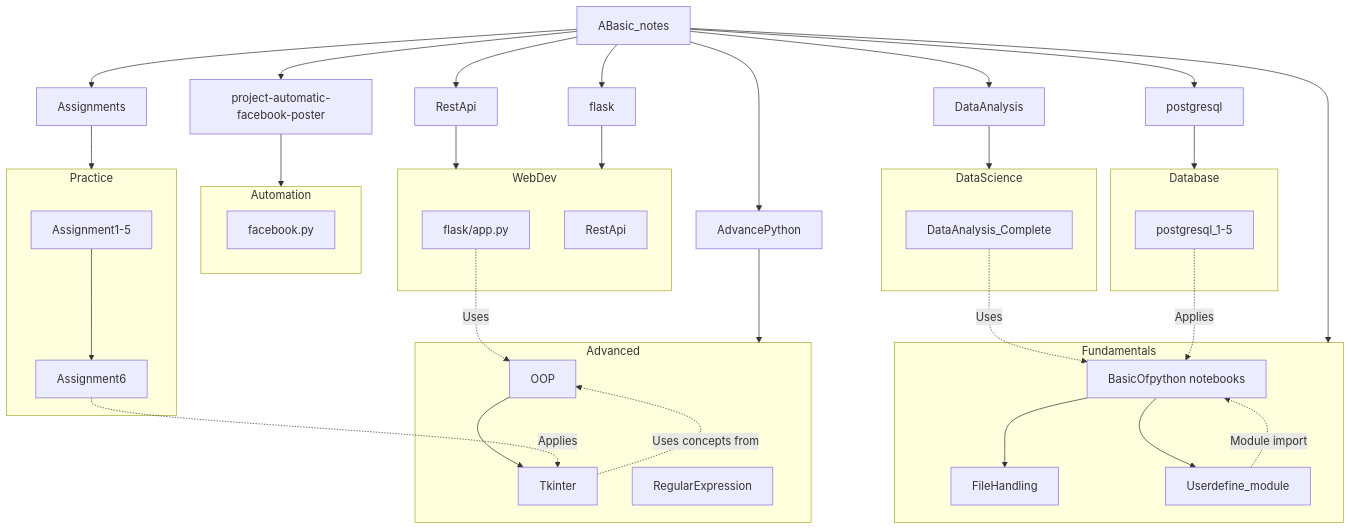
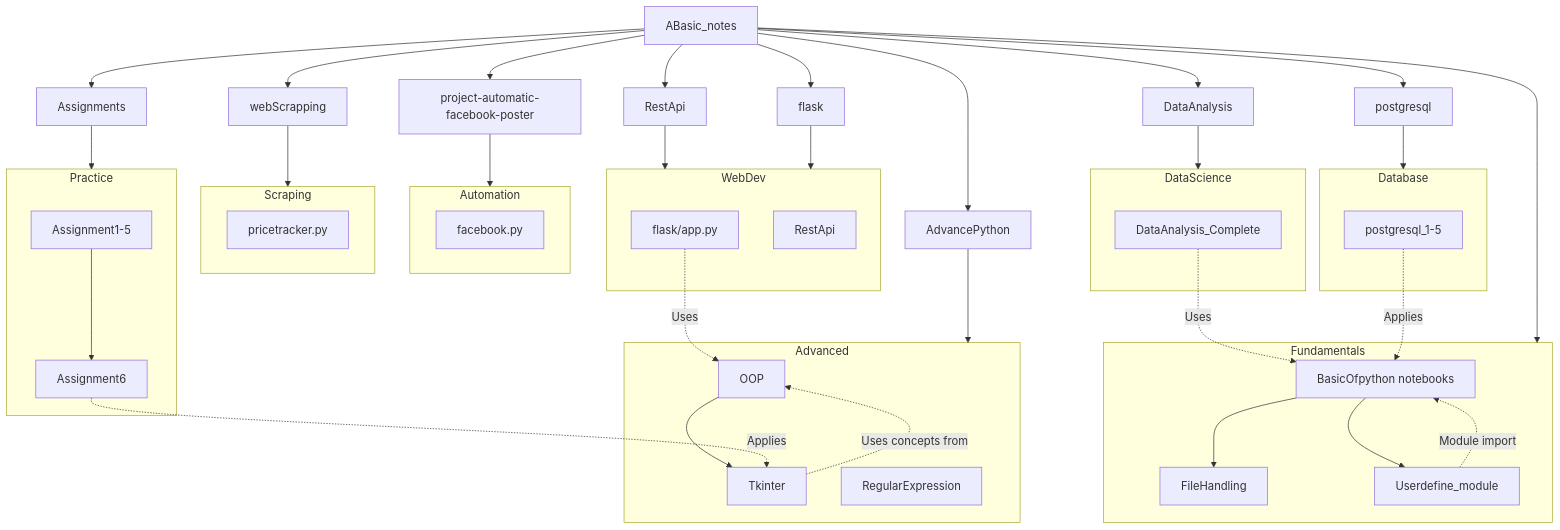
The diagram in README.md (Ktripathi2611/learningPython), drawn with Mermaid before and after one commit. The commit also changed other lines of this file, not shown here.

Commit message:
feat: Add web scraping section, price tracker script documentation, and related dependencies to README.

````diff
--- a/README.md
+++ b/README.md
@@ -338,57 +382,63 @@
 ```mermaid
 graph TD
     A[ABasic_notes] --> B[AdvancePython]
     A --> C[Assignments]
     A --> D[DataAnalysis]
     A --> E[postgresql]
     A --> F[RestApi]
     A --> G[flask]
     A --> H[project-automatic-facebook-poster]
+    A --> I[webScrapping]
     
     subgraph Fundamentals
         A1[BasicOfpython notebooks] --> A2[FileHandling]
         A1 --> A3[Userdefine_module]
     end
     
     subgraph Advanced
         B1[OOP] --> B3[Tkinter]
         B2[RegularExpression]
     end
     
     subgraph WebDev
         G1[flask/app.py]
         F1[RestApi]
     end
     
     subgraph Automation
         H1[facebook.py]
+    end
+    
+    subgraph Scraping
+        I1[pricetracker.py]
     end
     
     subgraph DataScience
         D1[DataAnalysis_Complete]
     end
     
     subgraph Database
         E1[postgresql_1-5]
     end
     
     subgraph Practice
         C1[Assignment1-5] --> C2[Assignment6]
     end
     
     A --> Fundamentals
     B --> Advanced
     C --> Practice
     D --> DataScience
     E --> Database
     F --> WebDev
     G --> WebDev
     H --> Automation
+    I --> Scraping
     
     A3 -.-> |"Module import"| A1
     B3 -.-> |"Uses concepts from"| B1
     C2 -.-> |"Applies"| B3
     D1 -.-> |"Uses"| A1
     E1 -.-> |"Applies"| A1
     G1 -.-> |"Uses"| B1
 ```
````
